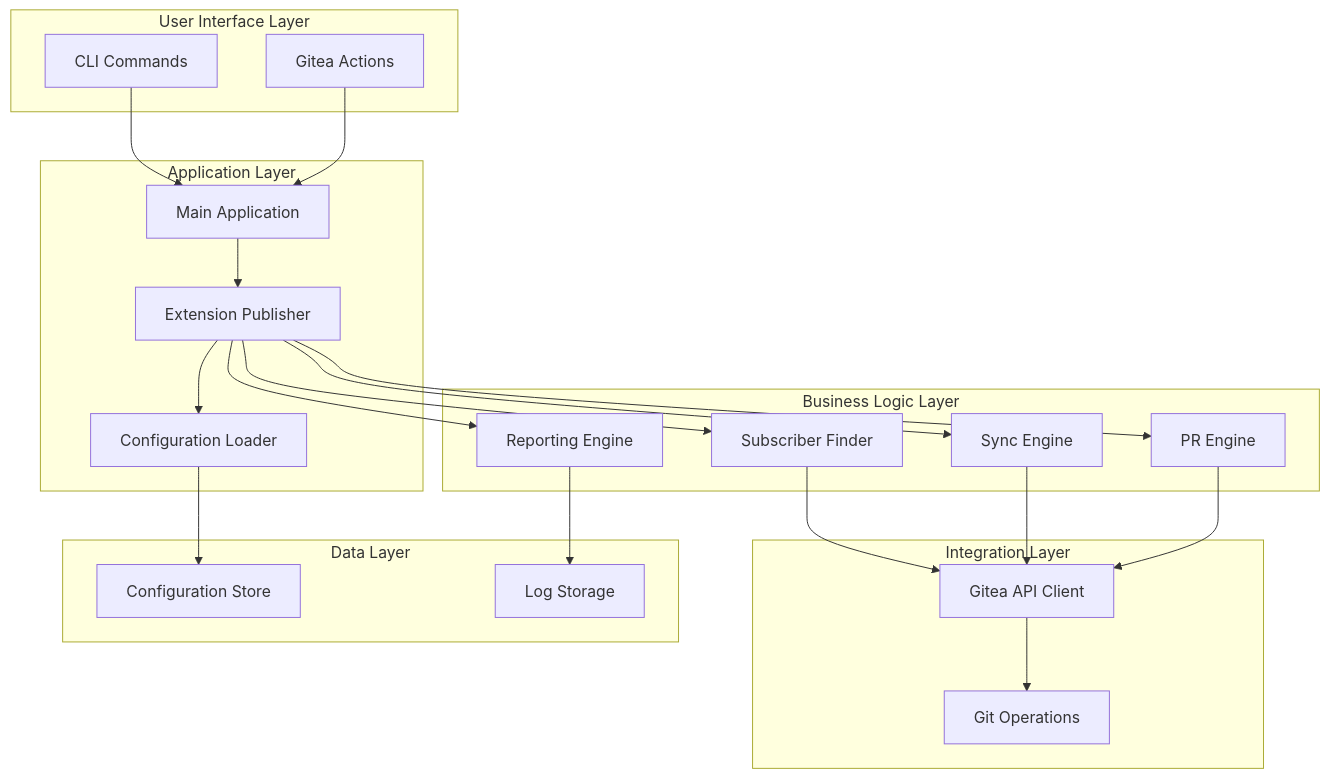
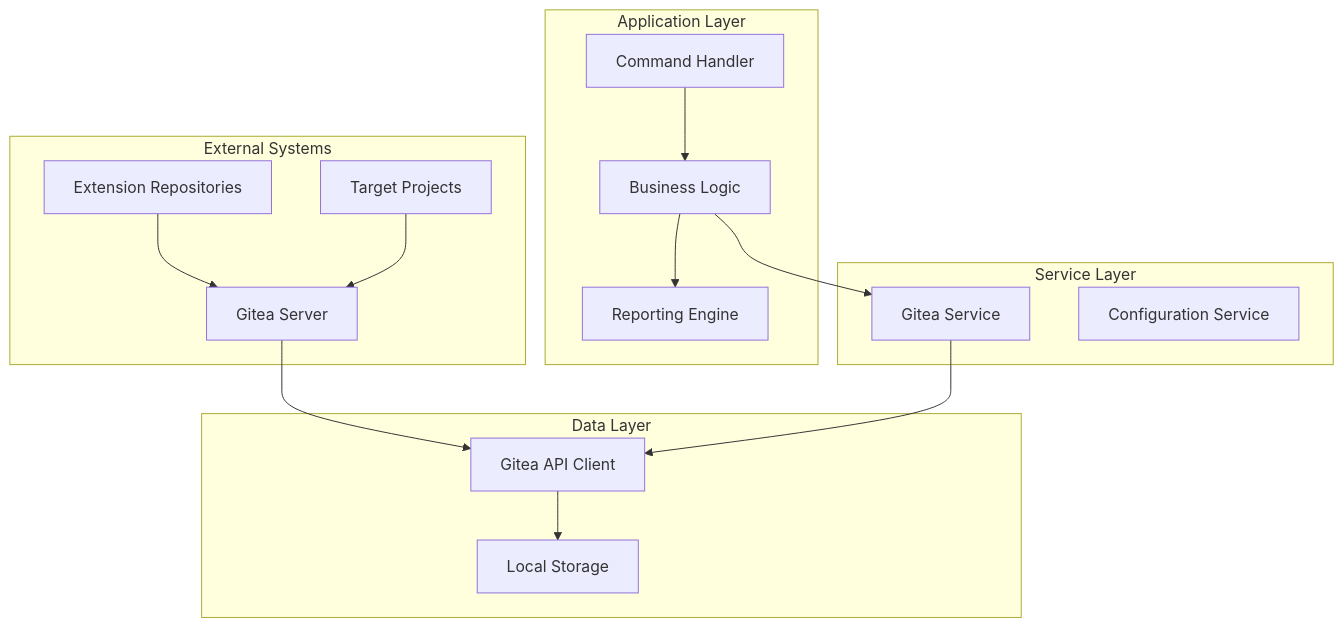
Before and after one commit to Kargones/apk-ci: the first of 9 diagrams in .qoder/repowiki/en/content/Advanced Integrations/Extension Publishing System.md, drawn with Mermaid. The commit also changed other lines of this file and 2036 other files, not shown here.

````diff
--- a/.qoder/repowiki/en/content/Advanced Integrations/Extension Publishing System.md
+++ b/.qoder/repowiki/en/content/Advanced Integrations/Extension Publishing System.md
@@ -39,40 +42,29 @@
 ```mermaid
 graph TB
-subgraph "User Interface Layer"
-CLI[CLI Commands]
-Actions[Gitea Actions]
+subgraph "External Systems"
+Gitea[Gitea Server]
+Extensions[Extension Repositories]
+Projects[Target Projects]
 end
 subgraph "Application Layer"
-Main[Main Application]
-ExtensionPublish[Extension Publisher]
-ConfigLoader[Configuration Loader]
+Main[Command Handler]
+AppLogic[Business Logic]
+Reporting[Reporting Engine]
 end
-subgraph "Business Logic Layer"
-SubscriberFinder[Subscriber Finder]
-SyncEngine[Sync Engine]
-PREngine[PR Engine]
-Reporter[Reporting Engine]
-end
-subgraph "Integration Layer"
-GiteaAPI[Gitea API Client]
-GitOps[Git Operations]
+subgraph "Service Layer"
+GiteaService[Gitea Service]
+ConfigService[Configuration Service]
 end
 subgraph "Data Layer"
-ConfigStore[Configuration Store]
-LogStore[Log Storage]
+GiteaAPI[Gitea API Client]
+Storage[Local Storage]
 end
-CLI --> Main
-Actions --> Main
-Main --> ExtensionPublish
-ExtensionPublish --> ConfigLoader
-ExtensionPublish --> SubscriberFinder
-ExtensionPublish --> SyncEngine
-ExtensionPublish --> PREngine
-ExtensionPublish --> Reporter
-SubscriberFinder --> GiteaAPI
-SyncEngine --> GiteaAPI
-PREngine --> GiteaAPI
-GiteaAPI --> GitOps
-ConfigLoader --> ConfigStore
-Reporter --> LogStore
+Extensions --> Gitea
+Projects --> Gitea
+Gitea --> GiteaAPI
+Main --> AppLogic
+AppLogic --> GiteaService
+GiteaService --> GiteaAPI
+AppLogic --> Reporting
+GiteaAPI --> Storage
 ```
````
